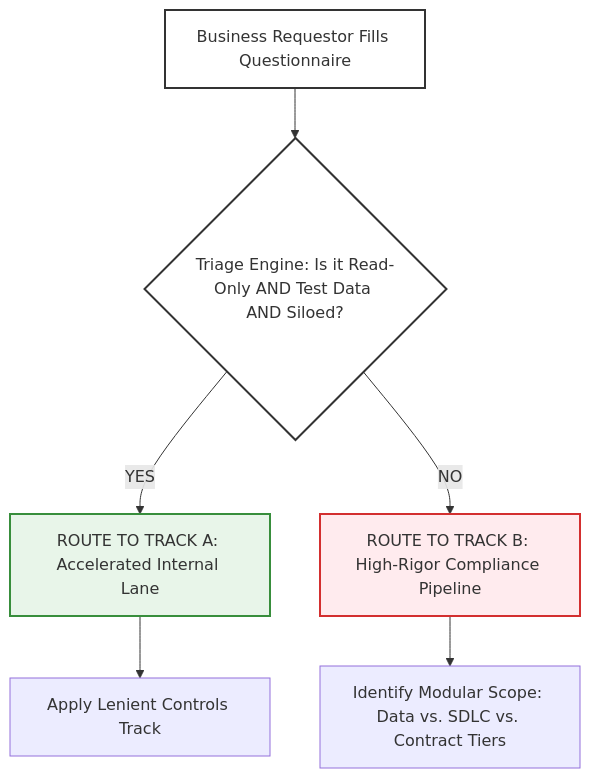
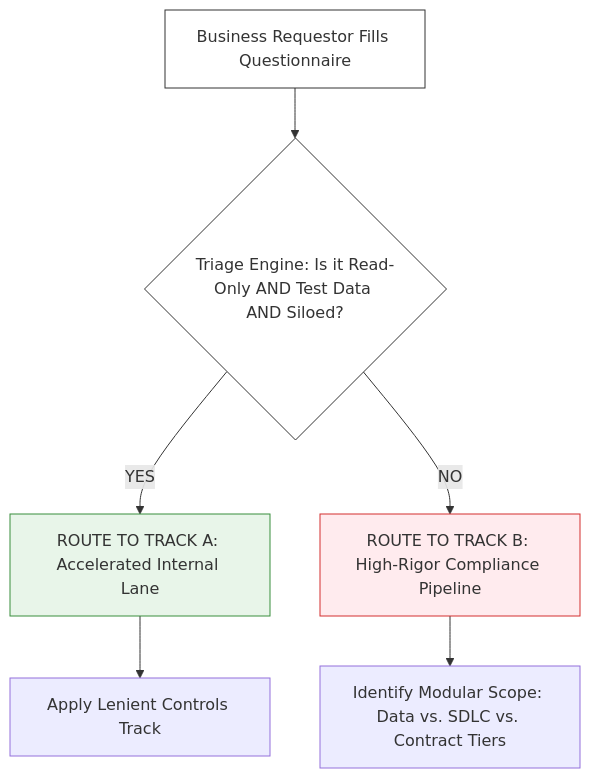
One commit to RajatSharma-AIGovernance/ai-governance-portfolio changed the diagram in 4-operational-toolkits/Supporting-Utilities/4.1-ai-system-intake-template.md. Above: the diagram before and after it, drawn with Mermaid. The commit also changed other lines of this file, not shown here.

````diff
--- a/4-operational-toolkits/Supporting-Utilities/4.1-ai-system-intake-template.md
+++ b/4-operational-toolkits/Supporting-Utilities/4.1-ai-system-intake-template.md
@@ -21,14 +21,14 @@
 ```mermaid
 graph TD
     A[Business Requestor Fills Questionnaire] --> B{Triage Engine: Is it Read-Only AND Test Data AND Siloed?}
     B -->|YES| C[ROUTE TO TRACK A: Accelerated Internal Lane]
     B -->|NO| D[ROUTE TO TRACK B: High-Rigor Compliance Pipeline]
     
     C --> E[Apply Lenient Controls Track]
     D --> F[Identify Modular Scope: Data vs. SDLC vs. Contract Tiers]
     
-    style A fill:#fff,stroke:#333,stroke-width:2px
-    style B fill:#fff,stroke:#333,stroke-width:2px
-    style C fill:#e8f5e9,stroke:#388e3c,stroke-width:2px
-    style D fill:#ffebee,stroke:#d32f2f,stroke-width:2px
+    style A fill:#fff,stroke:#333,sandbox-width:2px
+    style B fill:#fff,stroke:#333,sandbox-width:2px
+    style C fill:#e8f5e9,stroke:#388e3c,sandbox-width:2px
+    style D fill:#ffebee,stroke:#d32f2f,sandbox-width:2px
 ```
````
